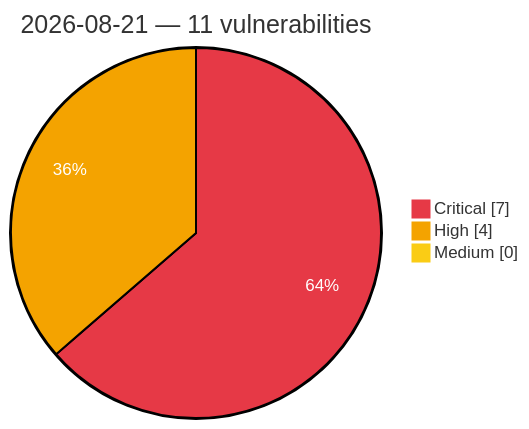
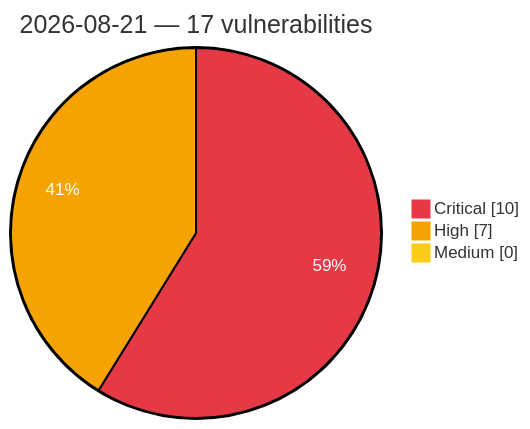
The diagram in vulnerabilities/2026/August/2026-08-21.md (GhostX0X/vuln-tracker), drawn with Mermaid before and after one commit. The commit also changed other lines of this file and 5 other files, not shown here.

Commit message:
Auto update: critical/high vulns (2026-08-21 13:32 UTC)

````diff
--- a/vulnerabilities/2026/August/2026-08-21.md
+++ b/vulnerabilities/2026/August/2026-08-21.md
@@ -3,8 +3,8 @@
 ```mermaid
 %%{init: {'theme':'base', 'themeVariables': {'pie1':'#e63946', 'pie2':'#f4a300', 'pie3':'#facc15', 'pieOpacity':'1', 'pieOuterStrokeWidth':'2px', 'pieSectionTextColor':'#ffffff'}}}%%
 pie showData
-    title 2026-08-21 — 11 vulnerabilities
-    "Critical" : 7
-    "High" : 4
+    title 2026-08-21 — 17 vulnerabilities
+    "Critical" : 10
+    "High" : 7
     "Medium" : 0
 ```
````
